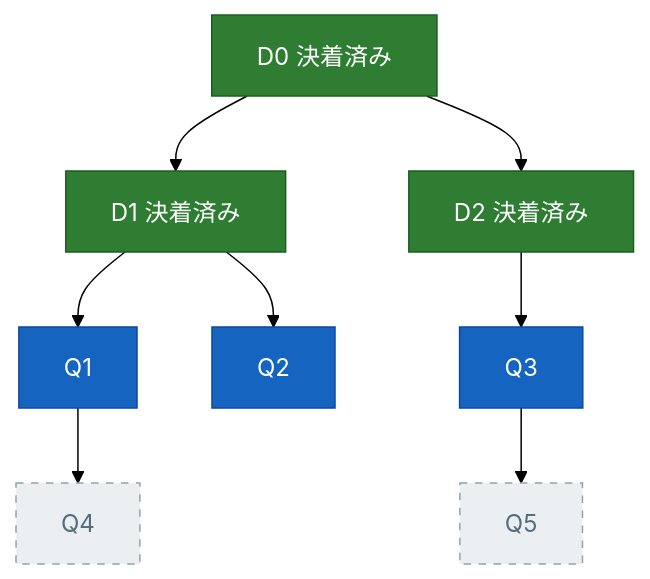
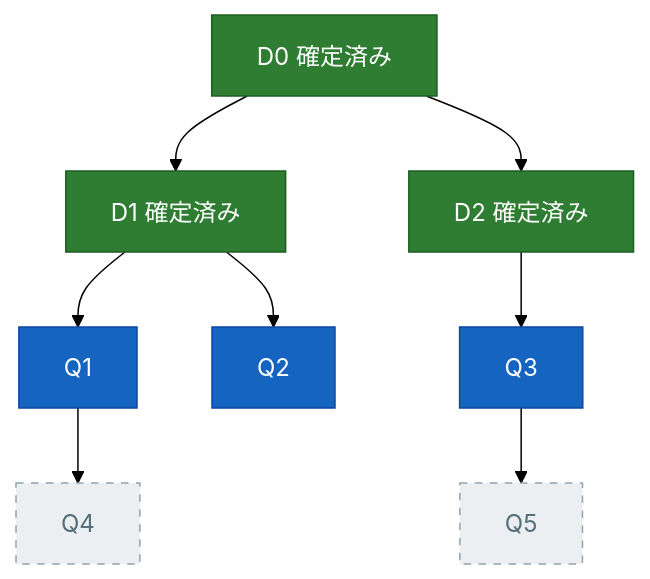
The first of 5 diagrams in articles/grilling-frontier-design-tree.md (uehaj/zenn-articles), drawn with Mermaid (forest theme) before and after one commit. The commit also changed other lines of this file, not shown here.

````diff
--- a/articles/grilling-frontier-design-tree.md
+++ b/articles/grilling-frontier-design-tree.md
@@ -54,16 +54,16 @@
 ```mermaid
 flowchart TB
-    D0["D0 決着済み"] --> D1["D1 決着済み"]
-    D0 --> D2["D2 決着済み"]
+    D0["D0 確定済み"] --> D1["D1 確定済み"]
+    D0 --> D2["D2 確定済み"]
     D1 --> Q1["Q1"]
     D1 --> Q2["Q2"]
     D2 --> Q3["Q3"]
     Q1 --> Q4["Q4"]
     Q3 --> Q5["Q5"]
     classDef set fill:#2e7d32,stroke:#1b5e20,color:#ffffff
     classDef fro fill:#1565c0,stroke:#0d47a1,color:#ffffff
     classDef blk fill:#eceff1,stroke:#90a4ae,color:#546e7a,stroke-dasharray:5 5
     class D0,D1,D2 set
     class Q1,Q2,Q3 fro
     class Q4,Q5 blk
 ```
````
